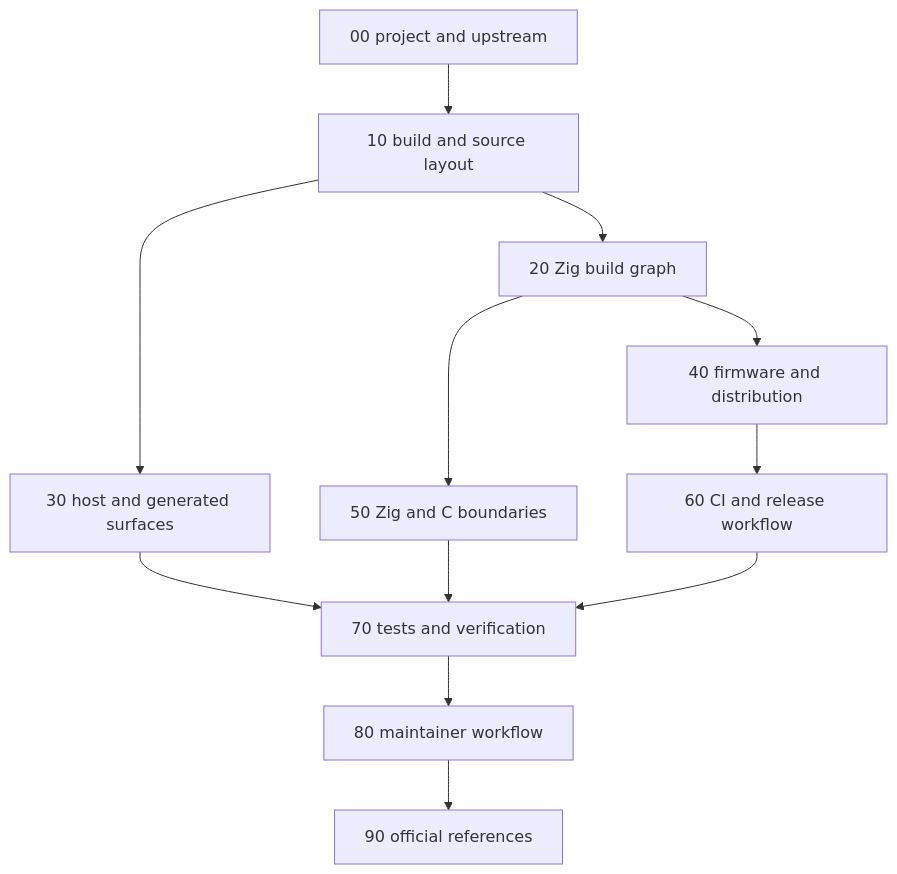
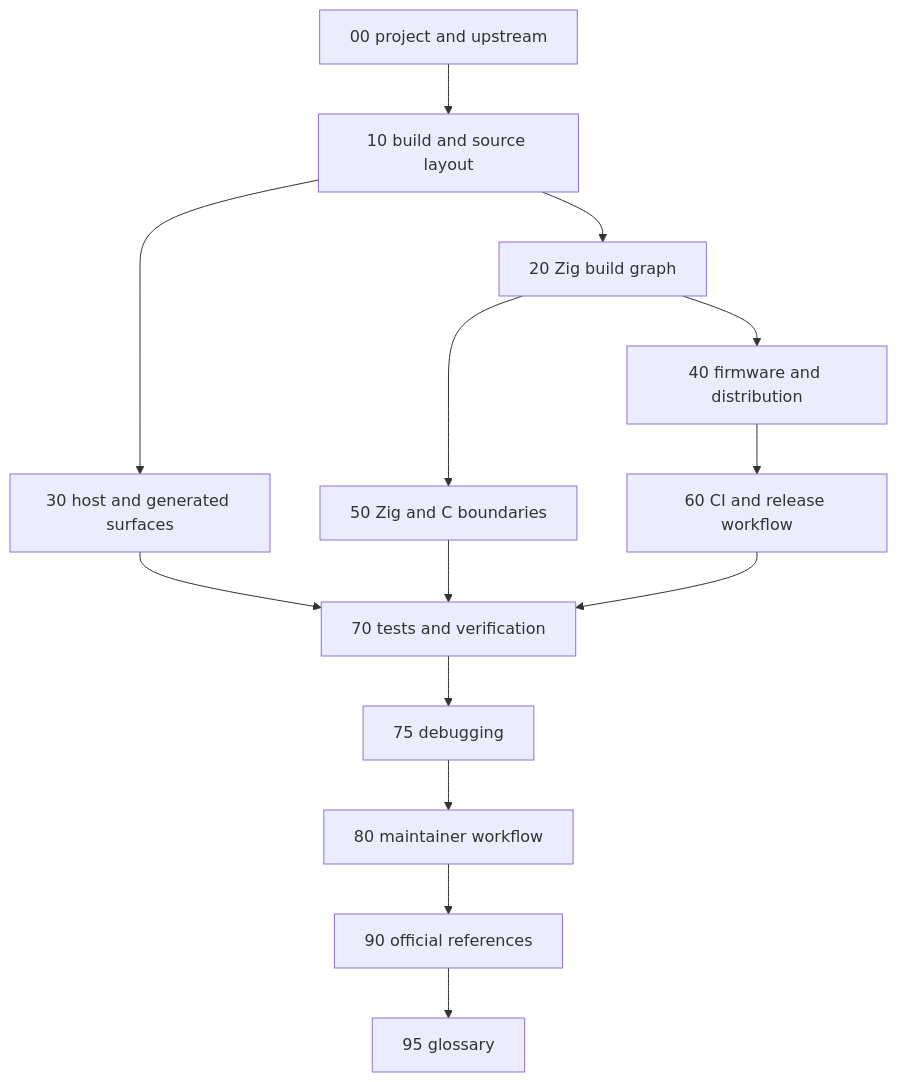
The diagram in zig_docs/README.md (ppigazzini/z47), drawn with Mermaid before and after one commit. The commit also changed other lines of this file and 10 other files, not shown here.

````diff
--- a/zig_docs/README.md
+++ b/zig_docs/README.md
@@ -30,25 +30,29 @@
 ```mermaid
 flowchart TD
   A[00 project and upstream]
   B[10 build and source layout]
   C[20 Zig build graph]
   D[30 host and generated surfaces]
   E[40 firmware and distribution]
   F[50 Zig and C boundaries]
   G[60 CI and release workflow]
   H[70 tests and verification]
+  H2[75 debugging]
   I[80 maintainer workflow]
   J[90 official references]
+  K[95 glossary]
 
   A --> B
   B --> C
   B --> D
   C --> E
   C --> F
   D --> H
   E --> G
   F --> H
   G --> H
-  H --> I
+  H --> H2
+  H2 --> I
   I --> J
+  J --> K
 ```
````
